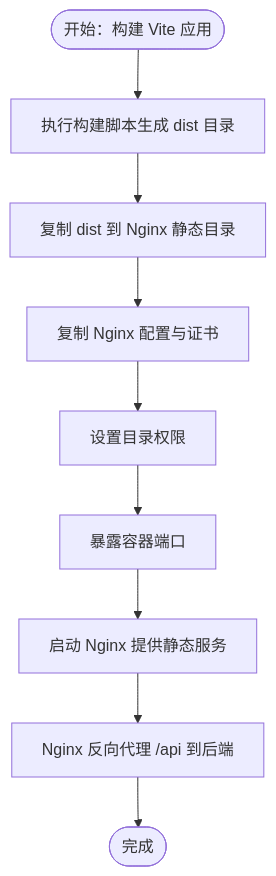
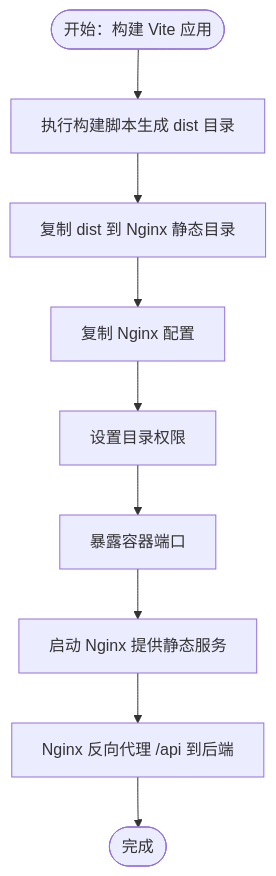
One commit to LRF0422/Kotion changed the third of 8 diagrams in .qoder/repowiki/zh/content/部署配置/Docker容器化.md. Above: the diagram before and after it, drawn with Mermaid. The commit also changed other lines of this file and 75 other files, not shown here.

````diff
--- a/.qoder/repowiki/zh/content/部署配置/Docker容器化.md
+++ b/.qoder/repowiki/zh/content/部署配置/Docker容器化.md
@@ -131,11 +169,11 @@
 ```mermaid
 flowchart TD
 Start(["开始：构建 Vite 应用"]) --> Build["执行构建脚本生成 dist 目录"]
 Build --> CopyDist["复制 dist 到 Nginx 静态目录"]
-CopyDist --> CopyConf["复制 Nginx 配置与证书"]
+CopyDist --> CopyConf["复制 Nginx 配置"]
 CopyConf --> SetPerm["设置目录权限"]
 SetPerm --> ExposePort["暴露容器端口"]
 ExposePort --> RunNginx["启动 Nginx 提供静态服务"]
 RunNginx --> ProxyAPI["Nginx 反向代理 /api 到后端"]
 ProxyAPI --> End(["完成"])
 ```
````
